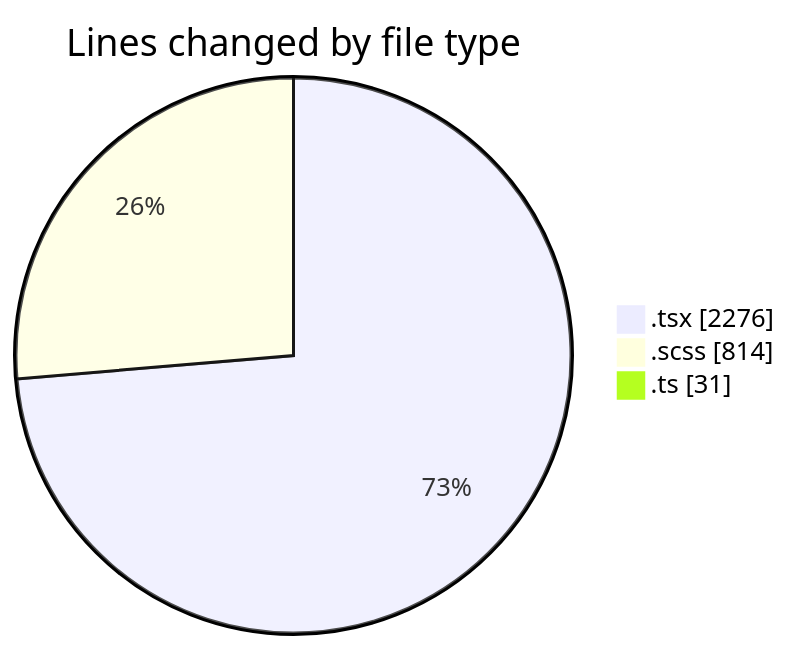
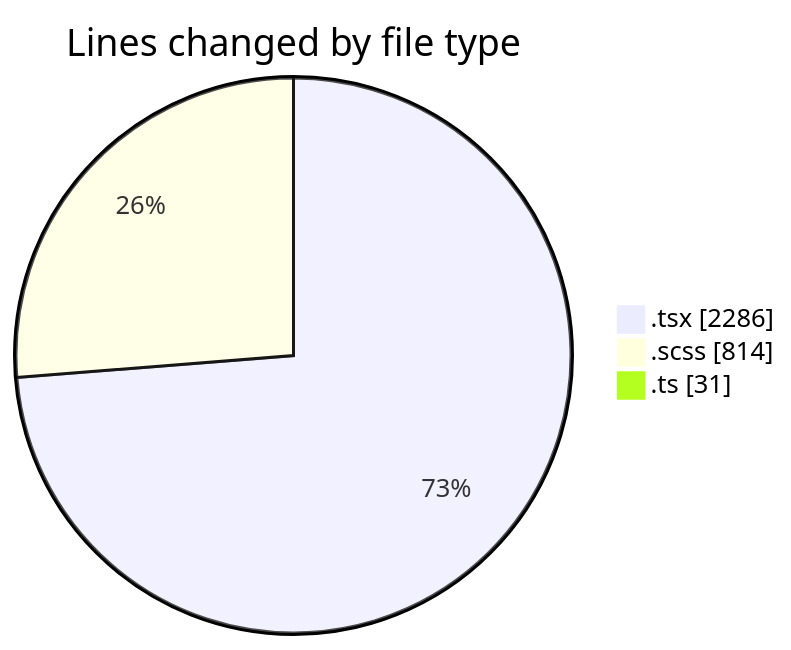
The first of 2 diagrams in 2025-04-07/cda/README.md (momahboobian/code-tracking), drawn with Mermaid before and after one commit. The commit also changed other lines of this file and 1 other file, not shown here.

````diff
--- a/2025-04-07/cda/README.md
+++ b/2025-04-07/cda/README.md
@@ -32,7 +32,7 @@
 ```mermaid
 pie showData
 title Lines changed by file type
-".tsx" : 2276
+".tsx" : 2286
 ".scss" : 814
 ".ts" : 31
 ```
````
